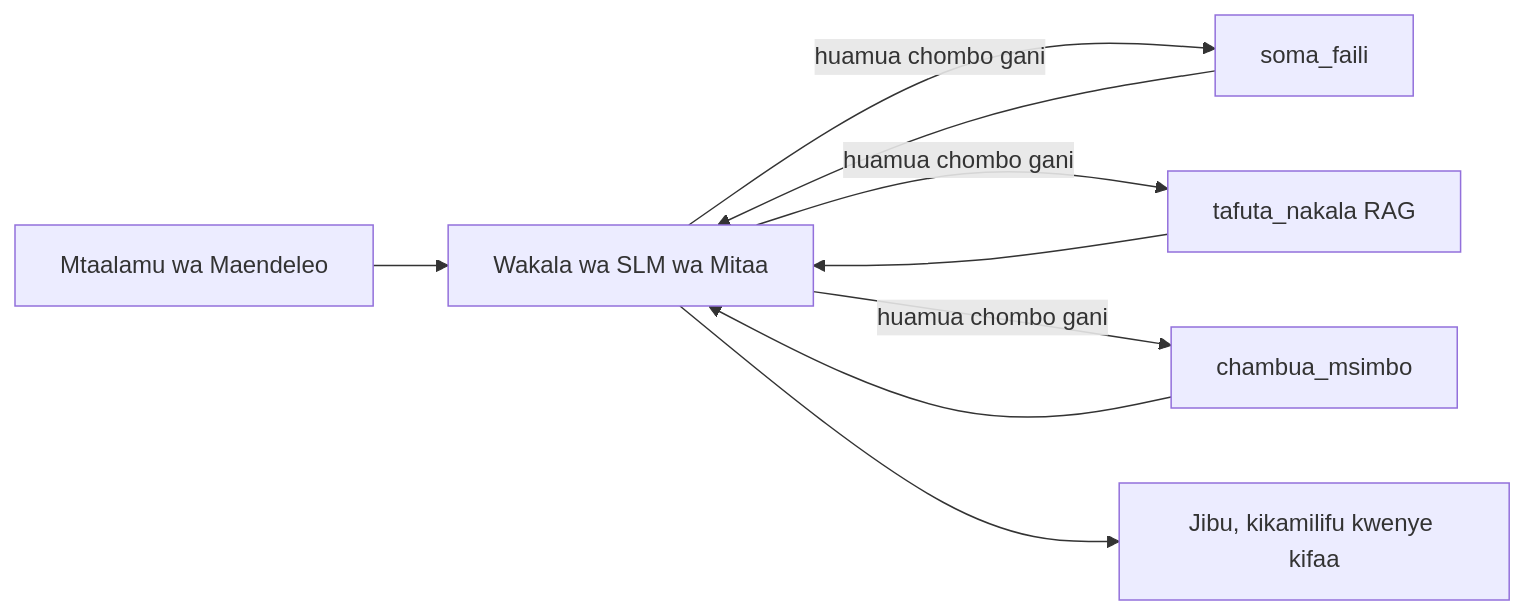
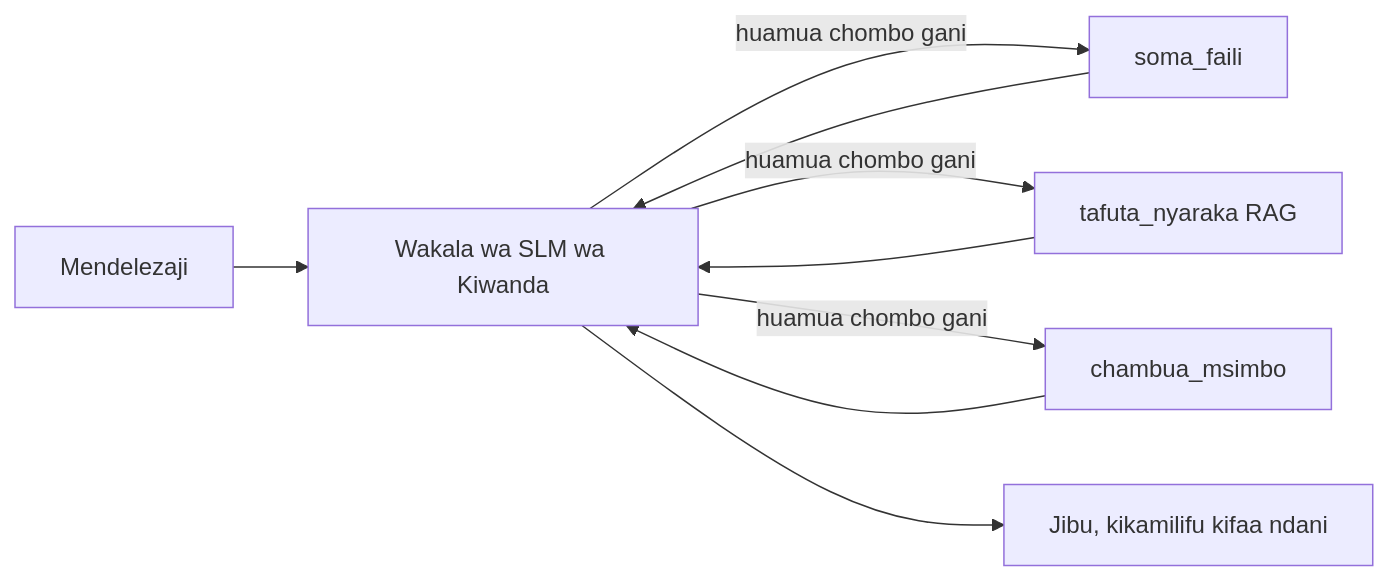
The first of 4 diagrams in translations/sw/17-creating-local-ai-agents/README.md (microsoft/ai-agents-for-beginners), drawn with Mermaid before and after one commit. The commit also changed other lines of this file and 47 other files, not shown here.

````diff
--- a/translations/sw/17-creating-local-ai-agents/README.md
+++ b/translations/sw/17-creating-local-ai-agents/README.md
@@ -66,11 +66,11 @@
 ```mermaid
 flowchart LR
-    U[Mtaalamu wa Maendeleo] --> A[Wakala wa SLM wa Mitaa]
+    U[Mendelezaji] --> A[Wakala wa SLM wa Kiwanda]
     A -->|huamua chombo gani| T1[soma_faili]
-    A -->|huamua chombo gani| T2[tafuta_nakala RAG]
+    A -->|huamua chombo gani| T2[tafuta_nyaraka RAG]
     A -->|huamua chombo gani| T3[chambua_msimbo]
     T1 --> A
     T2 --> A
     T3 --> A
-    A --> R[Jibu, kikamilifu kwenye kifaa]
+    A --> R[Jibu, kikamilifu kifaa ndani]
 ```
````
